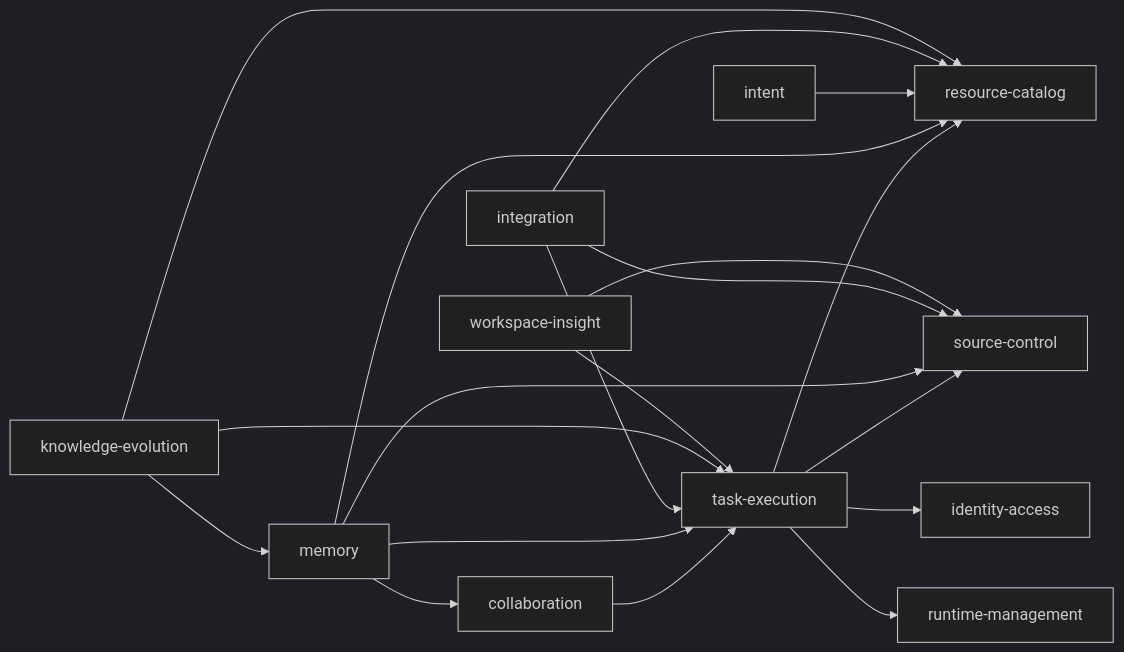
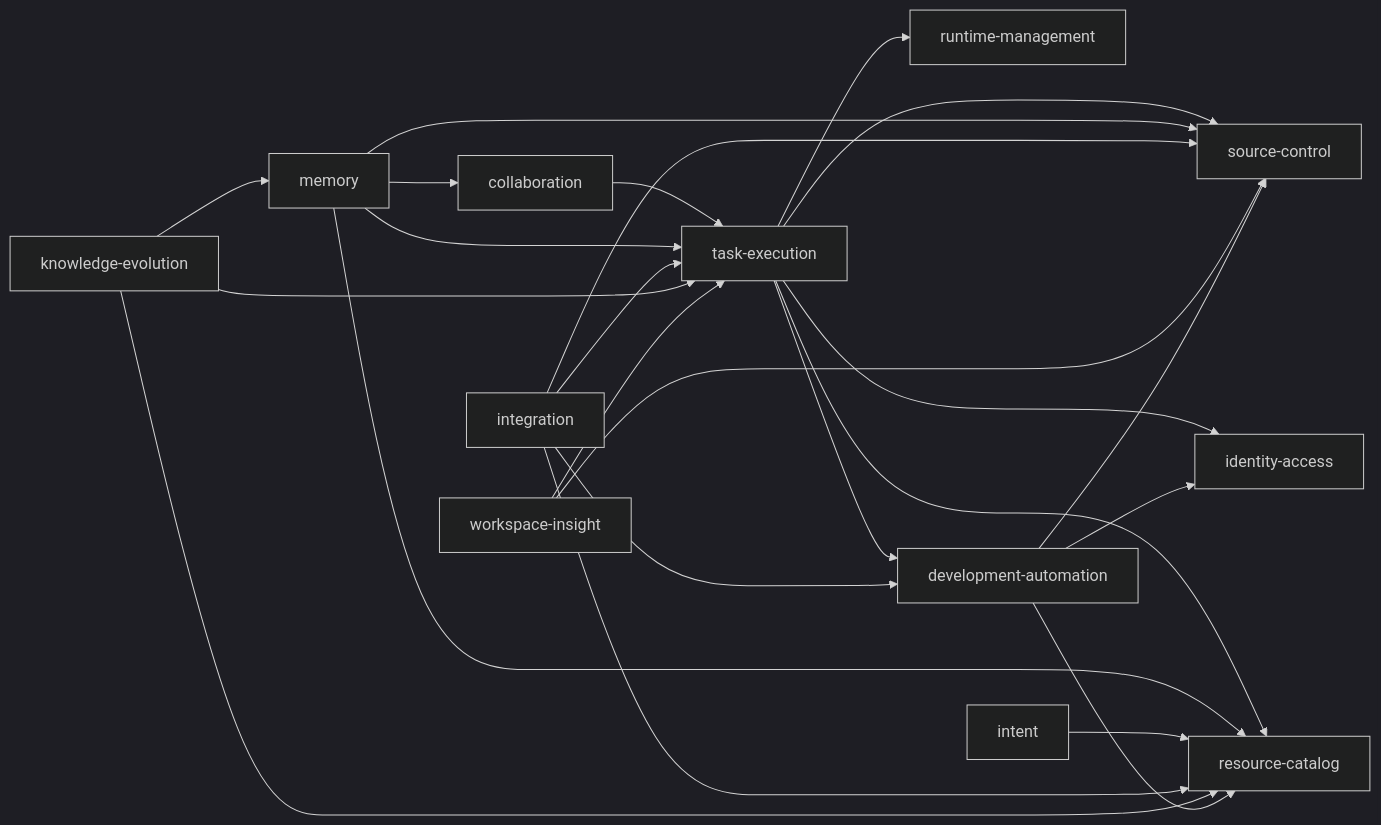
One commit to wangbinquan/agent-workflow changed the second of 2 diagrams in design/RFC-294-backend-layered-target-architecture/design.md. Above: the diagram before and after it, drawn with Mermaid (dark theme). The commit also changed other lines of this file and 4 other files, not shown here.

First line of the commit message:
docs(architecture): refresh RFC-294 landing baseline

````diff
--- a/design/RFC-294-backend-layered-target-architecture/design.md
+++ b/design/RFC-294-backend-layered-target-architecture/design.md
@@ -191,21 +224,26 @@
 ```mermaid
 flowchart LR
   TE["task-execution"] --> IA["identity-access"]
   TE --> RC["resource-catalog"]
   TE --> SC["source-control"]
   TE --> RM["runtime-management"]
   COL["collaboration"] --> TE
   MEM["memory"] --> RC
   MEM --> SC
   MEM --> COL
   MEM --> TE
   INTENT["intent"] --> RC
   INTEG["integration"] --> TE
   INTEG --> RC
   INTEG --> SC
   KE["knowledge-evolution"] --> MEM
   KE --> RC
   KE --> TE
   WI["workspace-insight"] --> SC
   WI --> TE
+  DA["development-automation"] --> IA
+  DA --> RC
+  DA --> SC
+  TE --> DA
+  INTEG --> DA
 ```
````
